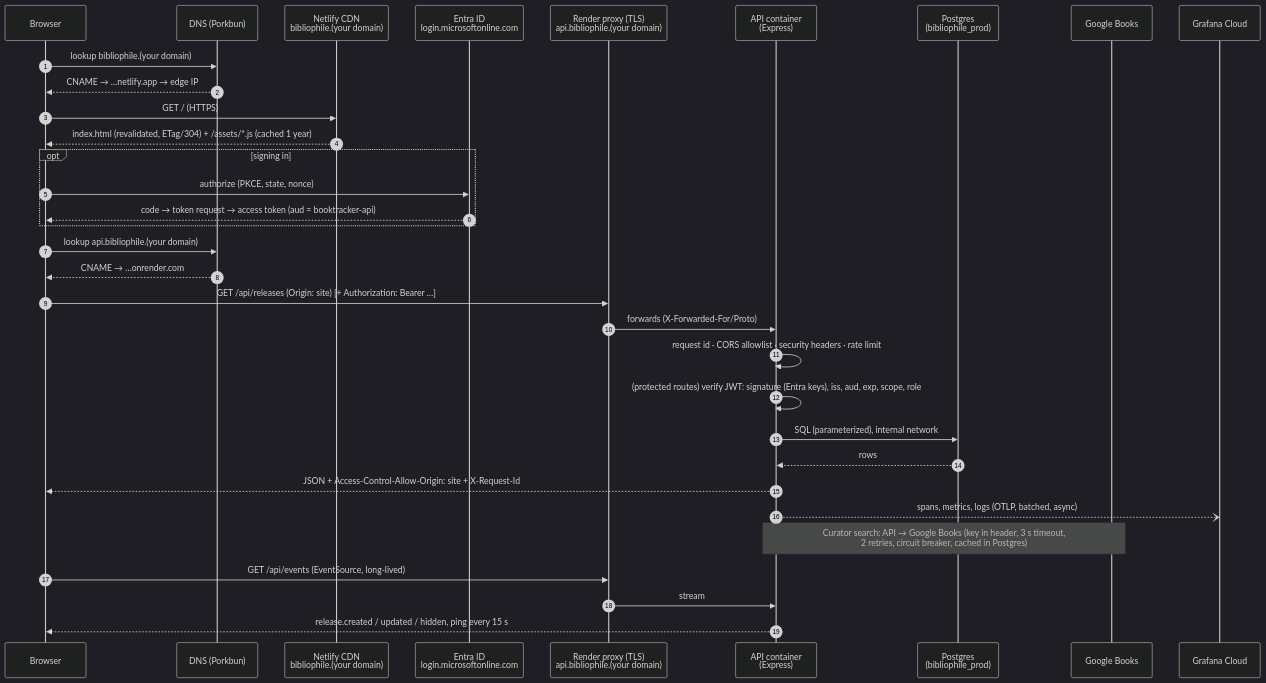
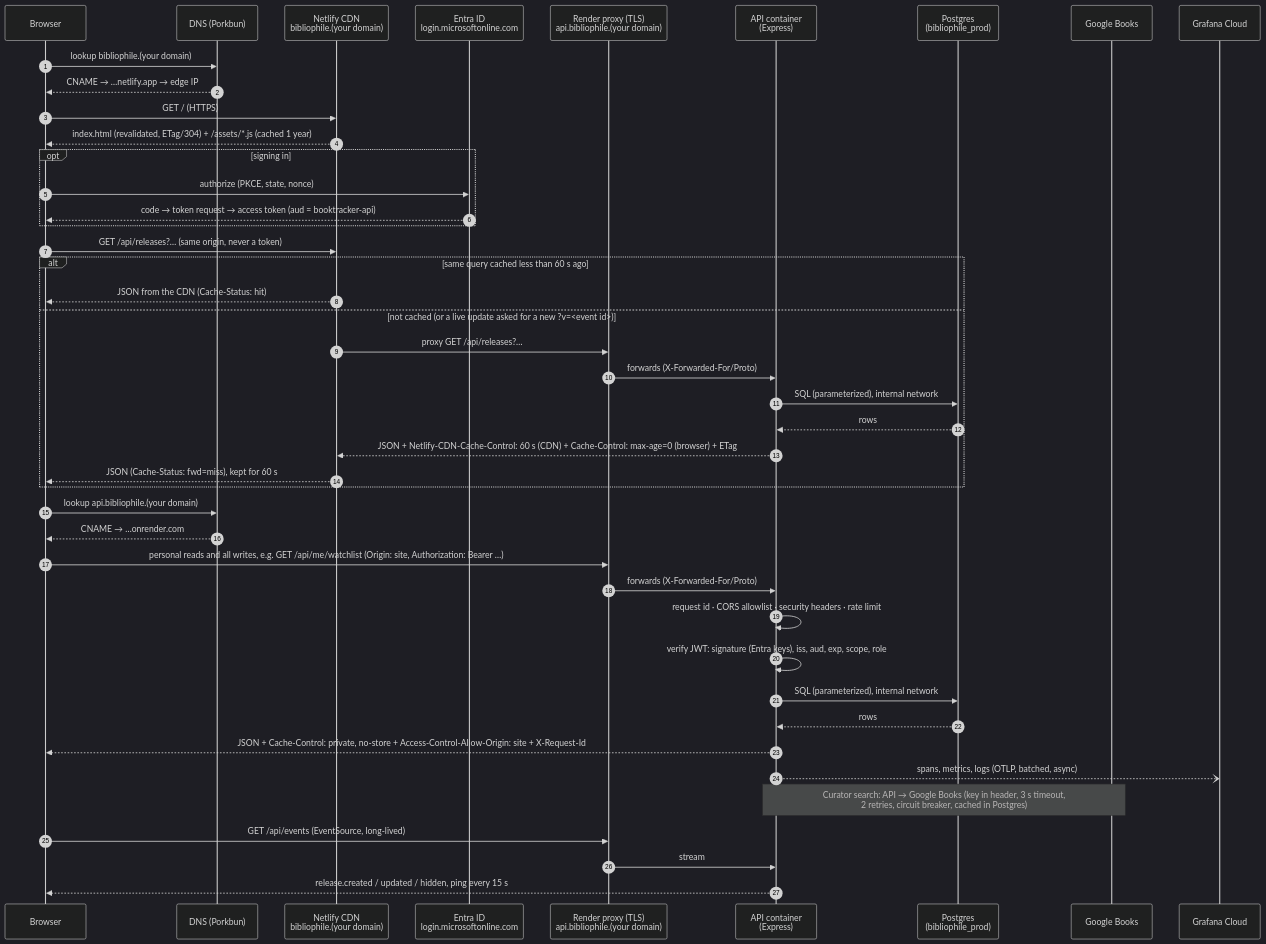
Before and after one commit to dbaciu02/bibliophile: the first of 4 diagrams in book-release-tracker/docs/architecture.md, drawn with Mermaid (dark theme). The commit also changed other lines of this file and 17 other files, not shown here.

Commit message:
D6: public catalog through Netlify CDN; load-test script; purge-cache workflow

````diff
--- a/book-release-tracker/docs/architecture.md
+++ b/book-release-tracker/docs/architecture.md
@@ -7,36 +7,47 @@
 ```mermaid
 sequenceDiagram
     autonumber
     participant B as Browser
     participant D as DNS (Porkbun)
     participant N as Netlify CDN<br/>bibliophile.(your domain)
     participant E as Entra ID<br/>login.microsoftonline.com
     participant R as Render proxy (TLS)<br/>api.bibliophile.(your domain)
     participant A as API container<br/>(Express)
     participant P as Postgres<br/>(bibliophile_prod)
     participant G as Google Books
     participant O as Grafana Cloud
 
     B->>D: lookup bibliophile.(your domain)
     D-->>B: CNAME → …netlify.app → edge IP
     B->>N: GET / (HTTPS)
     N-->>B: index.html (revalidated, ETag/304) + /assets/*.js (cached 1 year)
     opt signing in
         B->>E: authorize (PKCE, state, nonce)
         E-->>B: code → token request → access token (aud = booktracker-api)
     end
+    B->>N: GET /api/releases?… (same origin, never a token)
+    alt same query cached less than 60 s ago
+        N-->>B: JSON from the CDN (Cache-Status: hit)
+    else not cached (or a live update asked for a new ?v=<event id>)
+        N->>R: proxy GET /api/releases?…
+        R->>A: forwards (X-Forwarded-For/Proto)
+        A->>P: SQL (parameterized), internal network
+        P-->>A: rows
+        A-->>N: JSON + Netlify-CDN-Cache-Control: 60 s (CDN) + Cache-Control: max-age=0 (browser) + ETag
+        N-->>B: JSON (Cache-Status: fwd=miss), kept for 60 s
+    end
     B->>D: lookup api.bibliophile.(your domain)
     D-->>B: CNAME → …onrender.com
-    B->>R: GET /api/releases (Origin: site) [+ Authorization: Bearer …]
+    B->>R: personal reads and all writes, e.g. GET /api/me/watchlist (Origin: site, Authorization: Bearer …)
     R->>A: forwards (X-Forwarded-For/Proto)
     A->>A: request id · CORS allowlist · security headers · rate limit
-    A->>A: (protected routes) verify JWT: signature (Entra keys), iss, aud, exp, scope, role
+    A->>A: verify JWT: signature (Entra keys), iss, aud, exp, scope, role
     A->>P: SQL (parameterized), internal network
     P-->>A: rows
-    A-->>B: JSON + Access-Control-Allow-Origin: site + X-Request-Id
+    A-->>B: JSON + Cache-Control: private, no-store + Access-Control-Allow-Origin: site + X-Request-Id
     A--)O: spans, metrics, logs (OTLP, batched, async)
     Note over A,G: Curator search: API → Google Books (key in header, 3 s timeout,<br/>2 retries, circuit breaker, cached in Postgres)
     B->>R: GET /api/events (EventSource, long-lived)
     R->>A: stream
     A-->>B: release.created / updated / hidden, ping every 15 s
 ```
````
